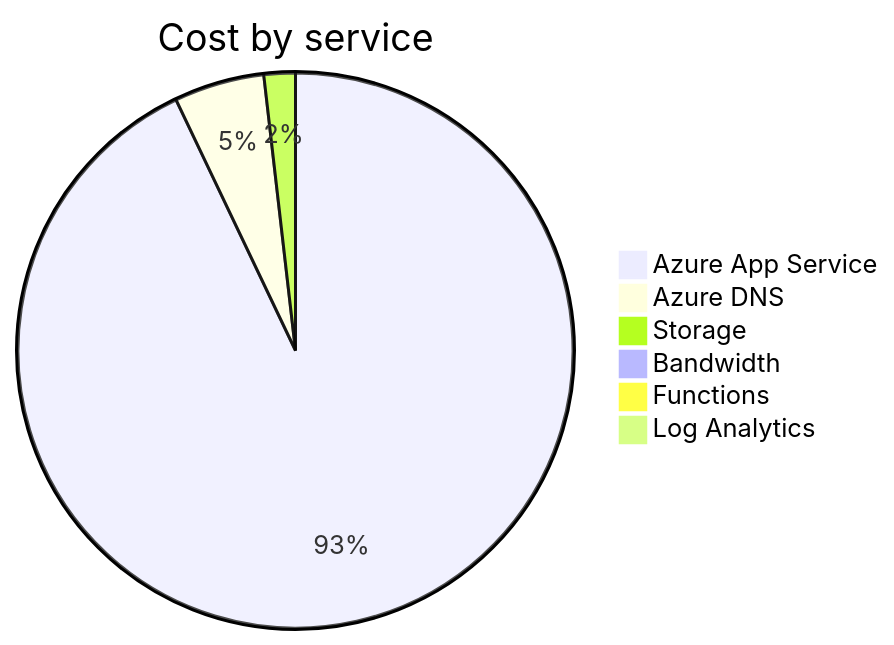
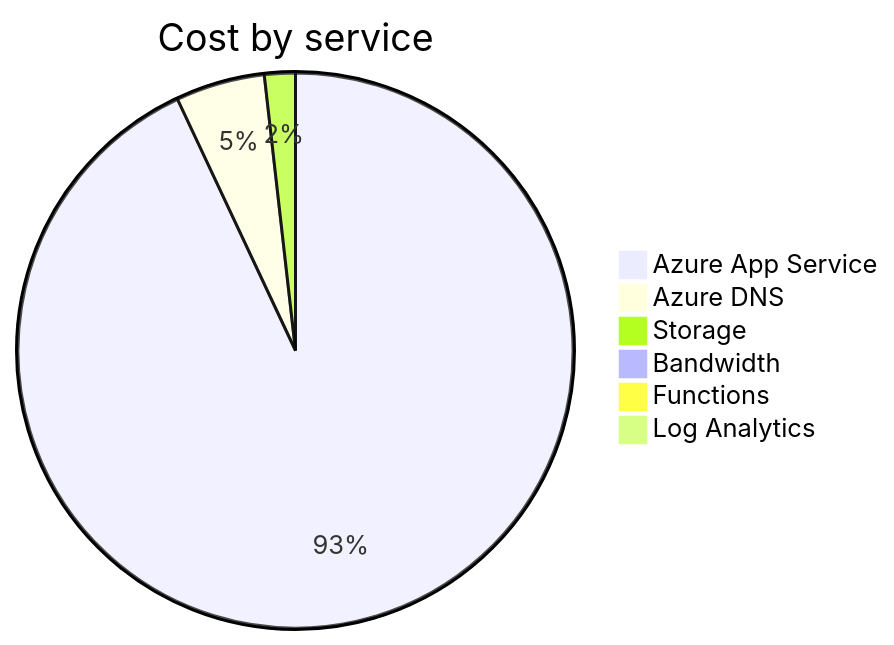
The second of 4 diagrams in cost-reports/accumulated-cost.md (jpfulton/azure-personal-reports), drawn with Mermaid before and after one commit. The commit also changed other lines of this file and 4 other files, not shown here.

````diff
--- a/cost-reports/accumulated-cost.md
+++ b/cost-reports/accumulated-cost.md
@@ -100,10 +100,10 @@
 ```mermaid
 pie
    title Cost by service
-   "Azure App Service" : 4.07
-   "Azure DNS" : 0.23
-   "Storage" : 0.08
+   "Azure App Service" : 4.66
+   "Azure DNS" : 0.26
+   "Storage" : 0.09
    "Bandwidth" : 0.00
    "Functions" : 0.00
    "Log Analytics" : 0.00
 ```
````
